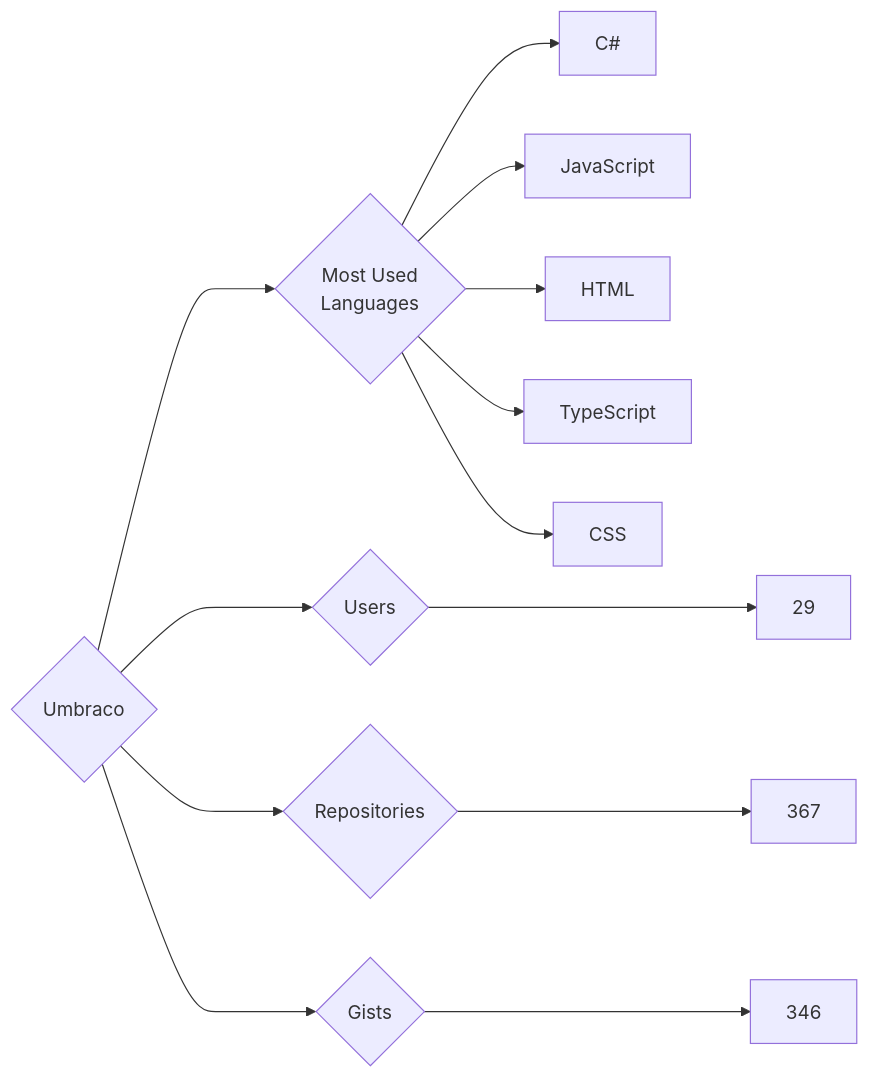
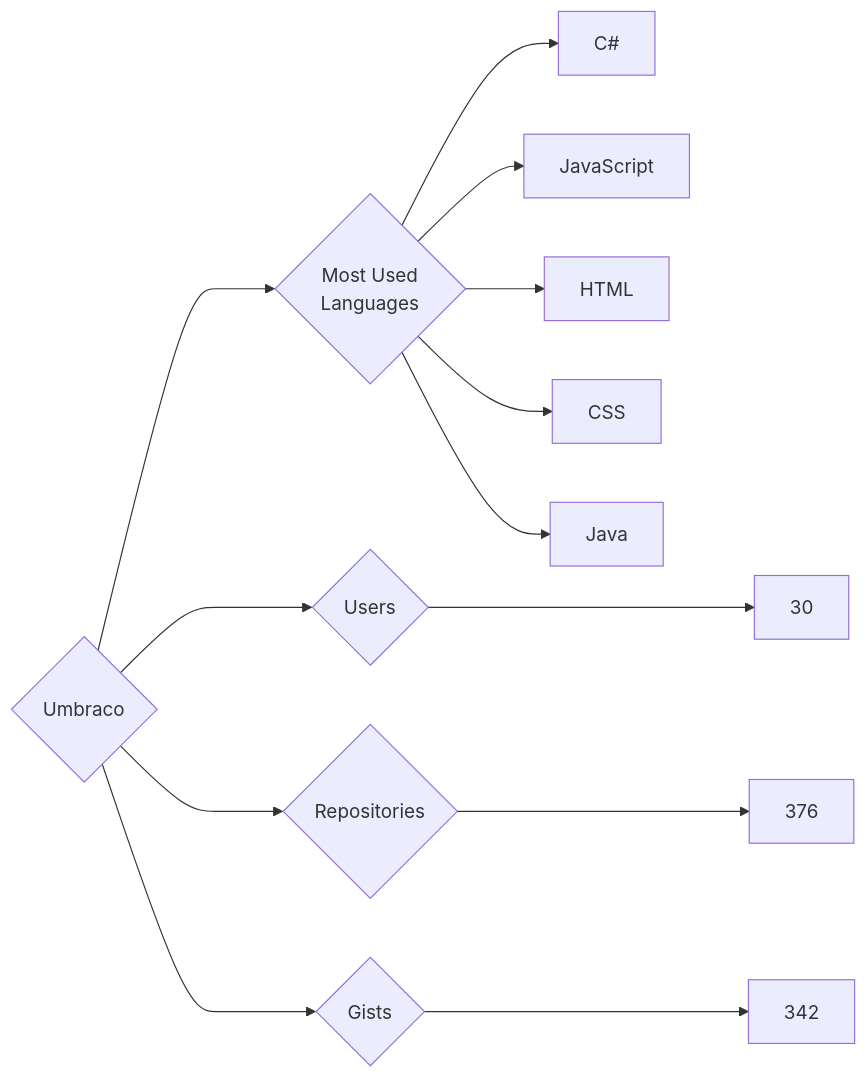
The diagram in targets/Umbraco/README.md (trickest/insiders), drawn with Mermaid before and after one commit. The commit also changed 1011 other files, not shown here.

````diff
--- a/targets/Umbraco/README.md
+++ b/targets/Umbraco/README.md
@@ -3,13 +3,13 @@
 ```mermaid
 graph LR
 COMPANY_NAME{Umbraco}
-COMPANY_NAME ---> U{Users} ---> UN[29]
-COMPANY_NAME ---> R{Repositories} ---> RN[367]
-COMPANY_NAME ---> G{Gists} ---> GN[346]
+COMPANY_NAME ---> U{Users} ---> UN[30]
+COMPANY_NAME ---> R{Repositories} ---> RN[376]
+COMPANY_NAME ---> G{Gists} ---> GN[342]
 COMPANY_NAME ---> ML{Most Used<br>Languages}
 ML --> C#[C#]
 ML --> JavaScript[JavaScript]
 ML --> HTML[HTML]
-ML --> TypeScript[TypeScript]
 ML --> CSS[CSS]
+ML --> Java[Java]
 ```
````
